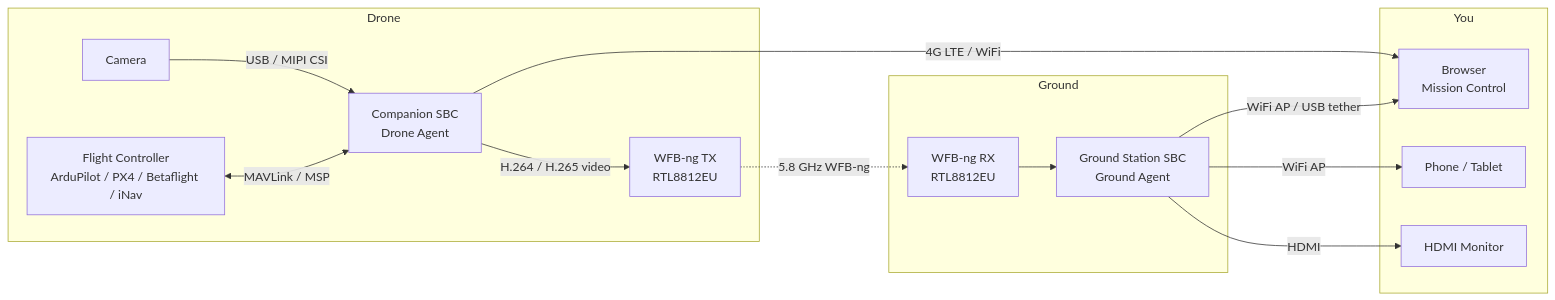
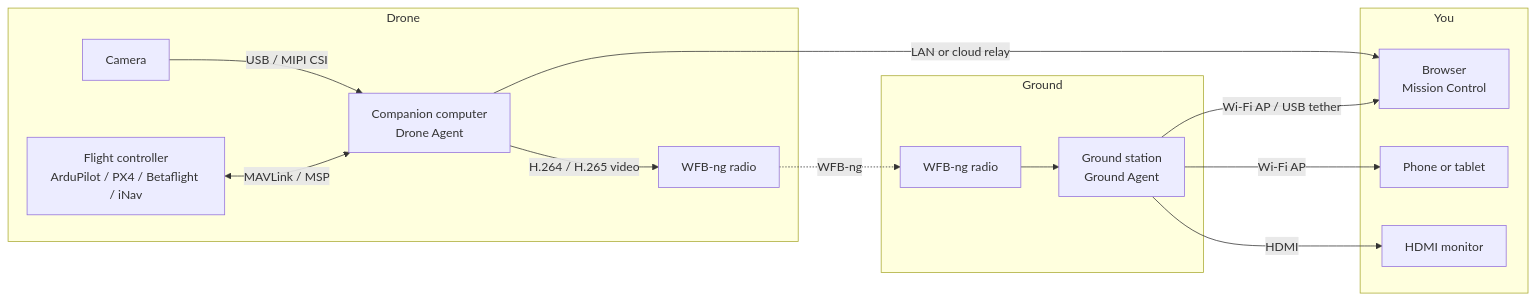
One commit to altnautica/Documentation changed the diagram in getting-started/introduction.mdx. Above: the diagram before and after it, drawn with Mermaid. The commit also changed other lines of this file and 412 other files, not shown here.

````diff
--- a/getting-started/introduction.mdx
+++ b/getting-started/introduction.mdx
@@ -44,30 +57,30 @@
 ```mermaid
 flowchart LR
     subgraph Drone
-        FC[Flight Controller<br/>ArduPilot / PX4 / Betaflight / iNav]
+        FC[Flight controller<br/>ArduPilot / PX4 / Betaflight / iNav]
         CAM[Camera]
-        SBC[Companion SBC<br/>Drone Agent]
-        RADIO_TX[WFB-ng TX<br/>RTL8812EU]
+        SBC[Companion computer<br/>Drone Agent]
+        RADIO_TX[WFB-ng radio]
     end
 
     subgraph Ground
-        RADIO_RX[WFB-ng RX<br/>RTL8812EU]
-        GS[Ground Station SBC<br/>Ground Agent]
+        RADIO_RX[WFB-ng radio]
+        GS[Ground station<br/>Ground Agent]
     end
 
     subgraph You
         BROWSER[Browser<br/>Mission Control]
-        PHONE[Phone / Tablet]
-        MONITOR[HDMI Monitor]
+        PHONE[Phone or tablet]
+        MONITOR[HDMI monitor]
     end
 
     FC <-->|MAVLink / MSP| SBC
     CAM -->|USB / MIPI CSI| SBC
     SBC -->|H.264 / H.265 video| RADIO_TX
-    RADIO_TX -.->|5.8 GHz WFB-ng| RADIO_RX
+    RADIO_TX -.->|WFB-ng| RADIO_RX
     RADIO_RX --> GS
-    GS -->|WiFi AP / USB tether| BROWSER
-    GS -->|WiFi AP| PHONE
+    GS -->|Wi-Fi AP / USB tether| BROWSER
+    GS -->|Wi-Fi AP| PHONE
     GS -->|HDMI| MONITOR
-    SBC -->|4G LTE / WiFi| BROWSER
+    SBC -->|LAN or cloud relay| BROWSER
 ```
````
